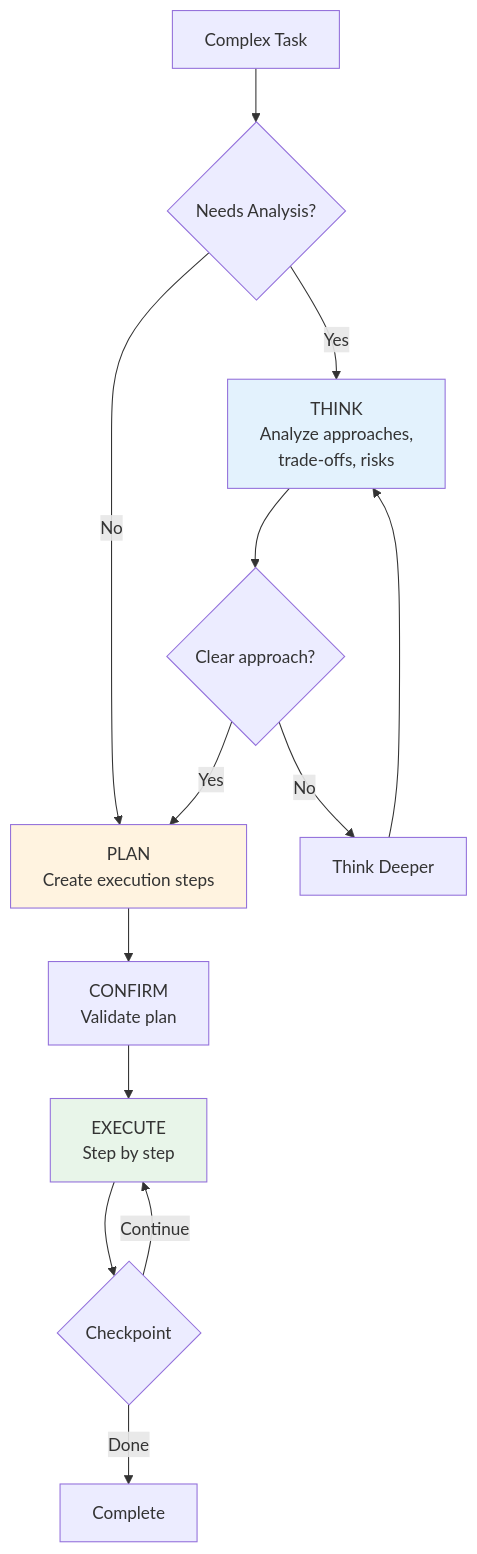
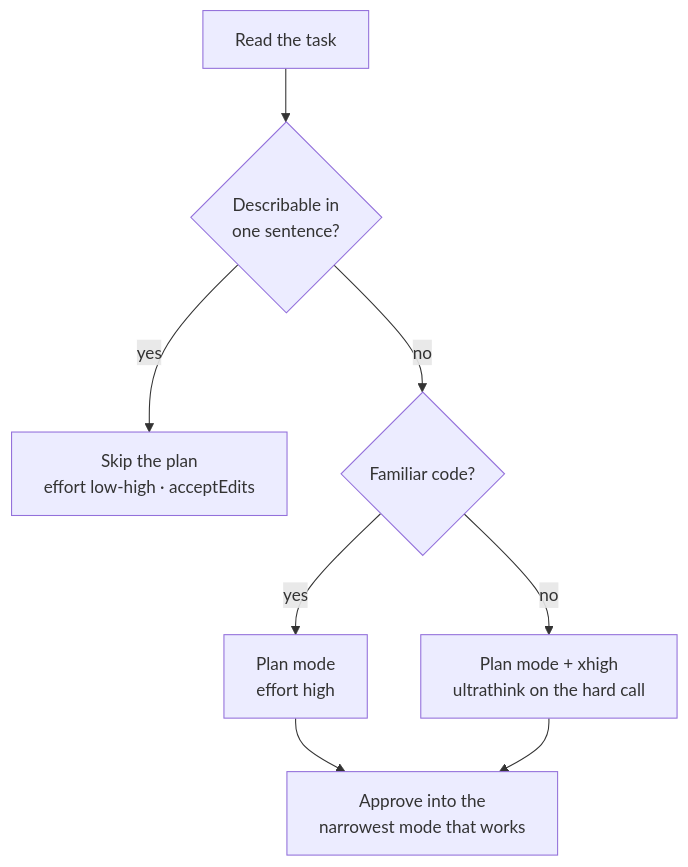
The diagram in src/content/docs/en/claude-code/phase-06-thinking-planning/03-think-plan-combo.md (ShipWithAI/claude-code-mastery), drawn with Mermaid before and after one commit. The commit also changed other lines of this file and 8 other files, not shown here.

First line of the commit message:
rewrite(6.1–6.3): think & plan modes on native features (audit W1-5) (#64)

````diff
--- a/src/content/docs/en/claude-code/phase-06-thinking-planning/03-think-plan-combo.md
+++ b/src/content/docs/en/claude-code/phase-06-thinking-planning/03-think-plan-combo.md
@@ -30,19 +61,10 @@
 ```mermaid
 graph TD
-    A[Complex Task] --> B{Needs Analysis?}
-    B -->|Yes| C[THINK<br/>Analyze approaches,<br/>trade-offs, risks]
-    B -->|No| D[PLAN<br/>Create execution steps]
-    C --> E{Clear approach?}
-    E -->|No| F[Think Deeper]
-    F --> C
-    E -->|Yes| D
-    D --> G[CONFIRM<br/>Validate plan]
-    G --> H[EXECUTE<br/>Step by step]
-    H --> I{Checkpoint}
-    I -->|Continue| H
-    I -->|Done| J[Complete]
-
-    style C fill:#e3f2fd
-    style D fill:#fff3e0
-    style H fill:#e8f5e9
+    A[Read the task] --> B{Describable in<br/>one sentence?}
+    B -->|yes| C[Skip the plan<br/>effort low-high · acceptEdits]
+    B -->|no| D{Familiar code?}
+    D -->|yes| E[Plan mode<br/>effort high]
+    D -->|no| F[Plan mode + xhigh<br/>ultrathink on the hard call]
+    E --> G[Approve into the<br/>narrowest mode that works]
+    F --> G
 ```
````
